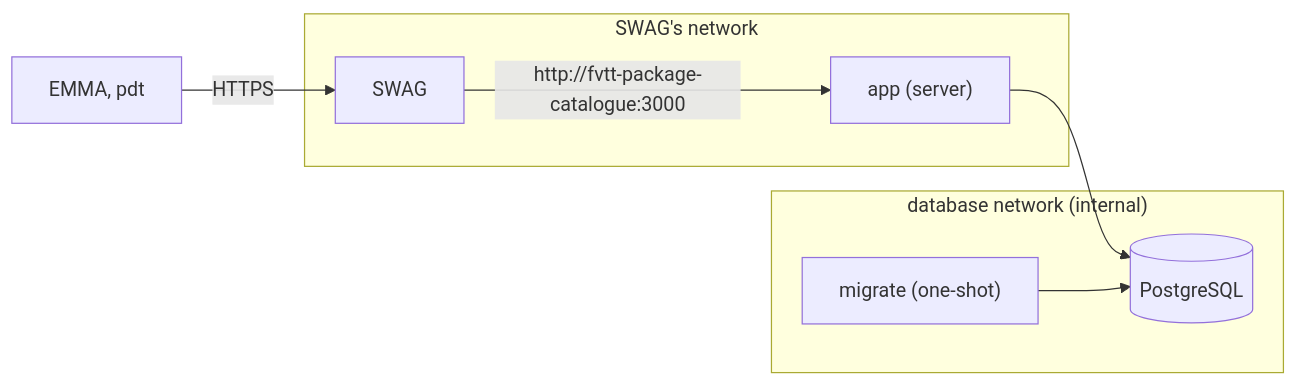
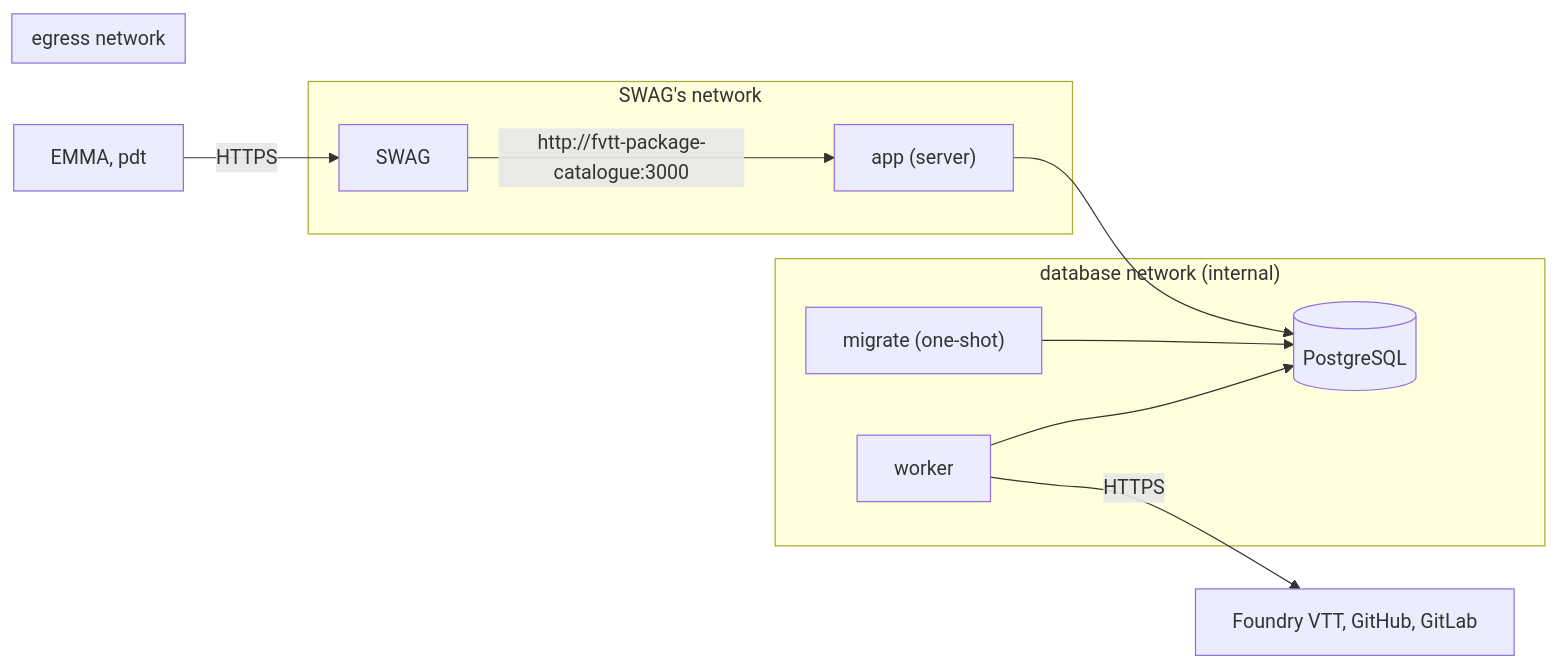
Before and after one commit to Mondarth/fvtt-package-catalogue: the diagram in docs/user/deployment.md, drawn with Mermaid. The commit also changed other lines of this file and 3 other files, not shown here.

````diff
--- a/docs/user/deployment.md
+++ b/docs/user/deployment.md
@@ -7,16 +8,22 @@
 ```{mermaid}
 flowchart LR
     client["EMMA, pdt"] -- HTTPS --> swag["SWAG"]
     subgraph swagnet ["SWAG's network"]
       swag
       app
     end
     swag -- "http://fvtt-package-catalogue:3000" --> app["app (server)"]
     subgraph database ["database network (internal)"]
       app
       migrate["migrate (one-shot)"]
+      worker
       db[(PostgreSQL)]
     end
     app --> db
     migrate --> db
+    worker --> db
+    subgraph egress ["egress network"]
+      worker
+    end
+    worker -- HTTPS --> web["Foundry VTT, GitHub, GitLab"]
 ```
````
